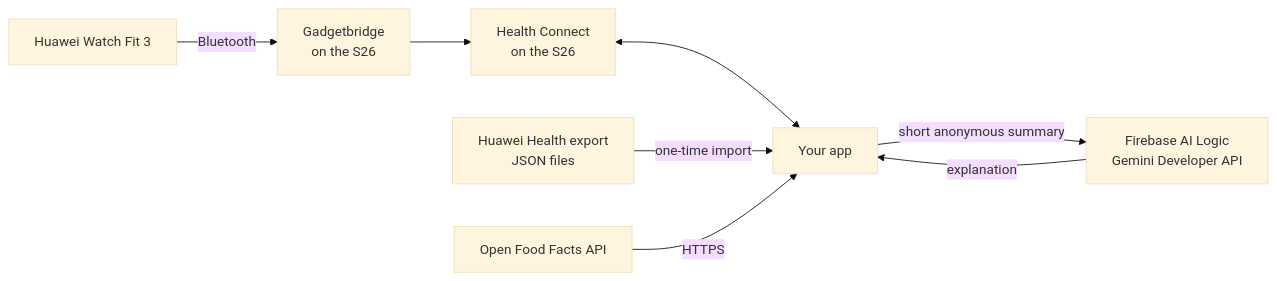
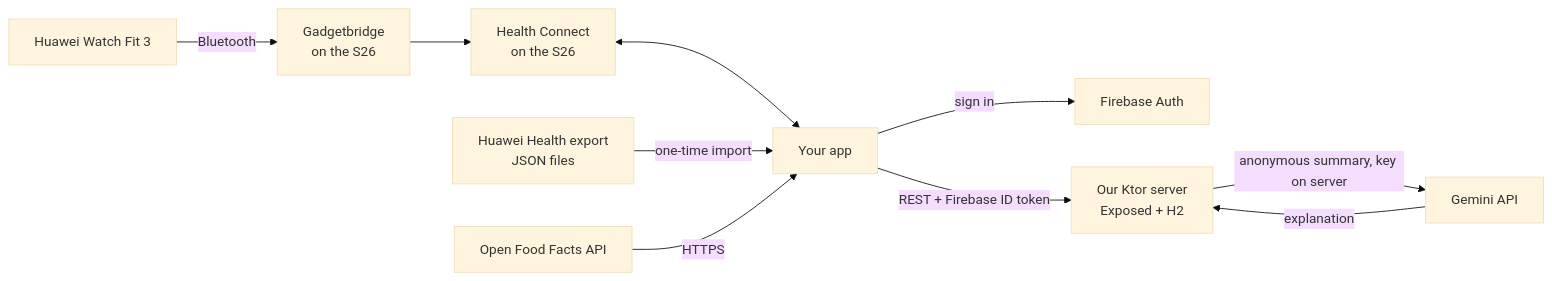
The first of 2 diagrams in fitness-hub-plan.md (catalinzisu/FitnessHubHuawei), drawn with Mermaid (base theme) before and after one commit. The commit also changed other lines of this file and 10 other files, not shown here.

````diff
--- a/fitness-hub-plan.md
+++ b/fitness-hub-plan.md
@@ -20,10 +100,12 @@
 ```mermaid
 flowchart LR
   W[Huawei Watch Fit 3] -- Bluetooth --> G[Gadgetbridge<br/>on the S26]
   G --> HC[Health Connect<br/>on the S26]
   HC <--> A[Your app]
   X[Huawei Health export<br/>JSON files] -- one-time import --> A
   OFF[Open Food Facts API] -- HTTPS --> A
-  A -- short anonymous summary --> FB[Firebase AI Logic<br/>Gemini Developer API]
-  FB -- explanation --> A
+  A -- sign in --> FA[Firebase Auth]
+  A -- REST + Firebase ID token --> S[Our Ktor server<br/>Exposed + H2]
+  S -- anonymous summary, key on server --> GM[Gemini API]
+  GM -- explanation --> S
 ```
````
